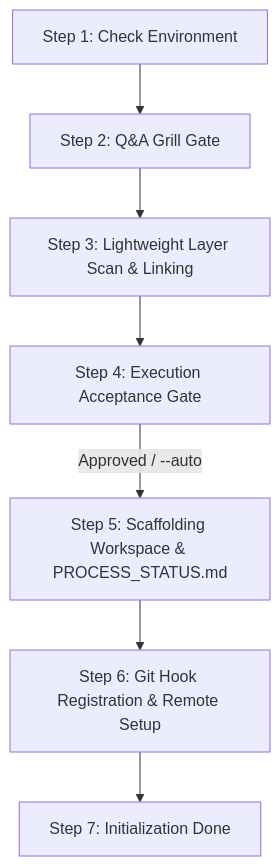
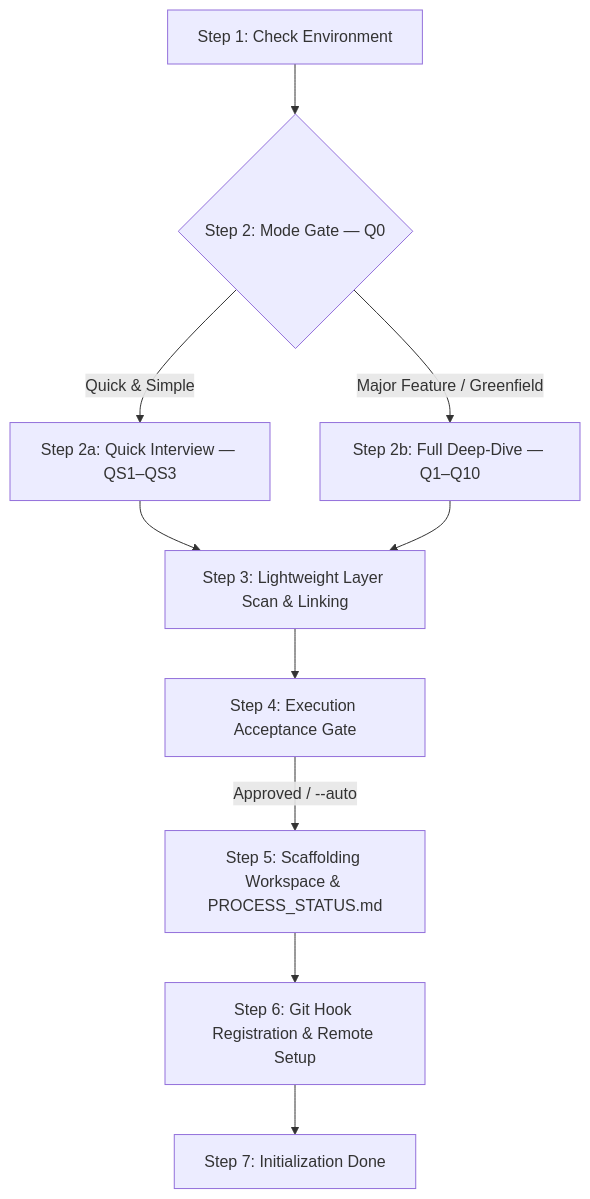
One commit to hrvthgergo/agent-driven-templates changed the second of 2 diagrams in fullstack_software_dev/init/init_workflow.md. Above: the diagram before and after it, drawn with Mermaid. The commit also changed other lines of this file and 9 other files, not shown here.

Commit message:
feat(init): Implement dual-mode /init workflow (Quick & Simple vs Major Feature) and recreate Antigravity guards

````diff
--- a/fullstack_software_dev/init/init_workflow.md
+++ b/fullstack_software_dev/init/init_workflow.md
@@ -79,9 +79,12 @@
 ```mermaid
 graph TD
-    S1[Step 1: Check Environment] --> S2[Step 2: Q&A Grill Gate]
-    S2 --> S3[Step 3: Lightweight Layer Scan & Linking]
+    S1[Step 1: Check Environment] --> S2{Step 2: Mode Gate — Q0}
+    S2 -->|Quick & Simple| S2a[Step 2a: Quick Interview — QS1–QS3]
+    S2 -->|Major Feature / Greenfield| S2b[Step 2b: Full Deep-Dive — Q1–Q10]
+    S2a --> S3[Step 3: Lightweight Layer Scan & Linking]
+    S2b --> S3
     S3 --> S4[Step 4: Execution Acceptance Gate]
     S4 -->|Approved / --auto| S5[Step 5: Scaffolding Workspace & PROCESS_STATUS.md]
     S5 --> S6[Step 6: Git Hook Registration & Remote Setup]
     S6 --> S7[Step 7: Initialization Done]
 ```
````
